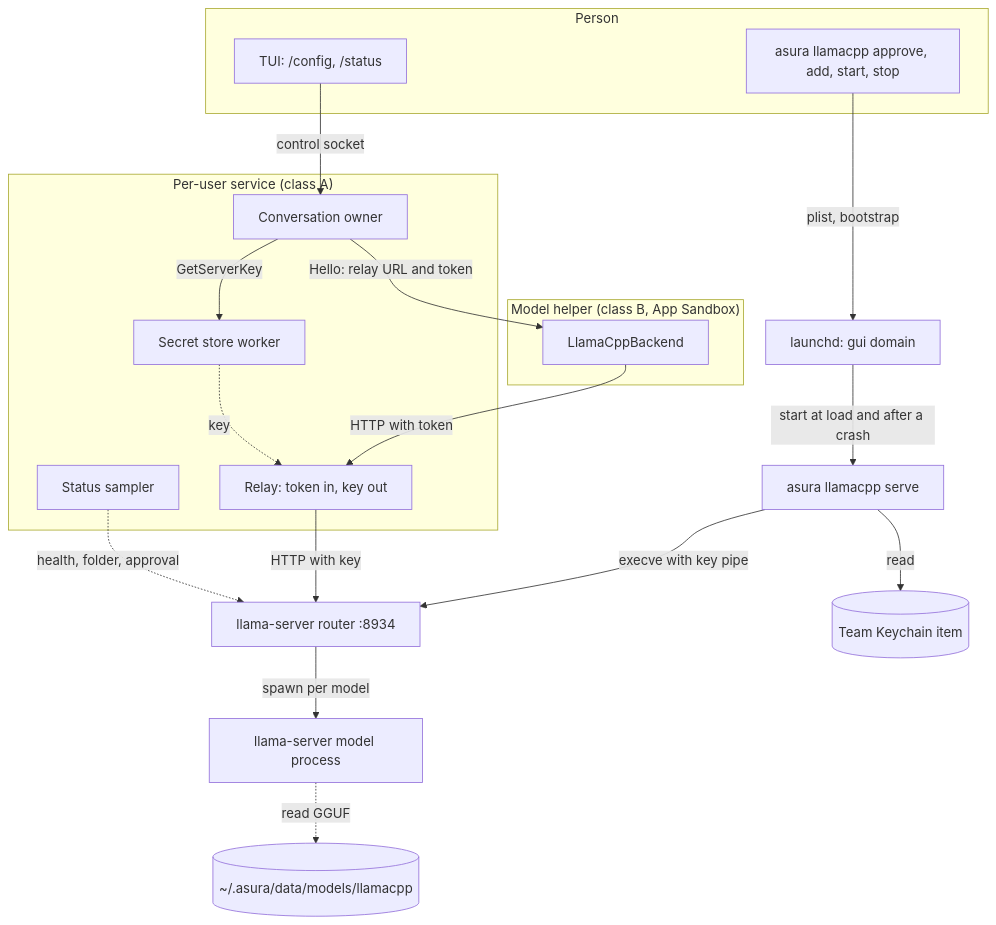
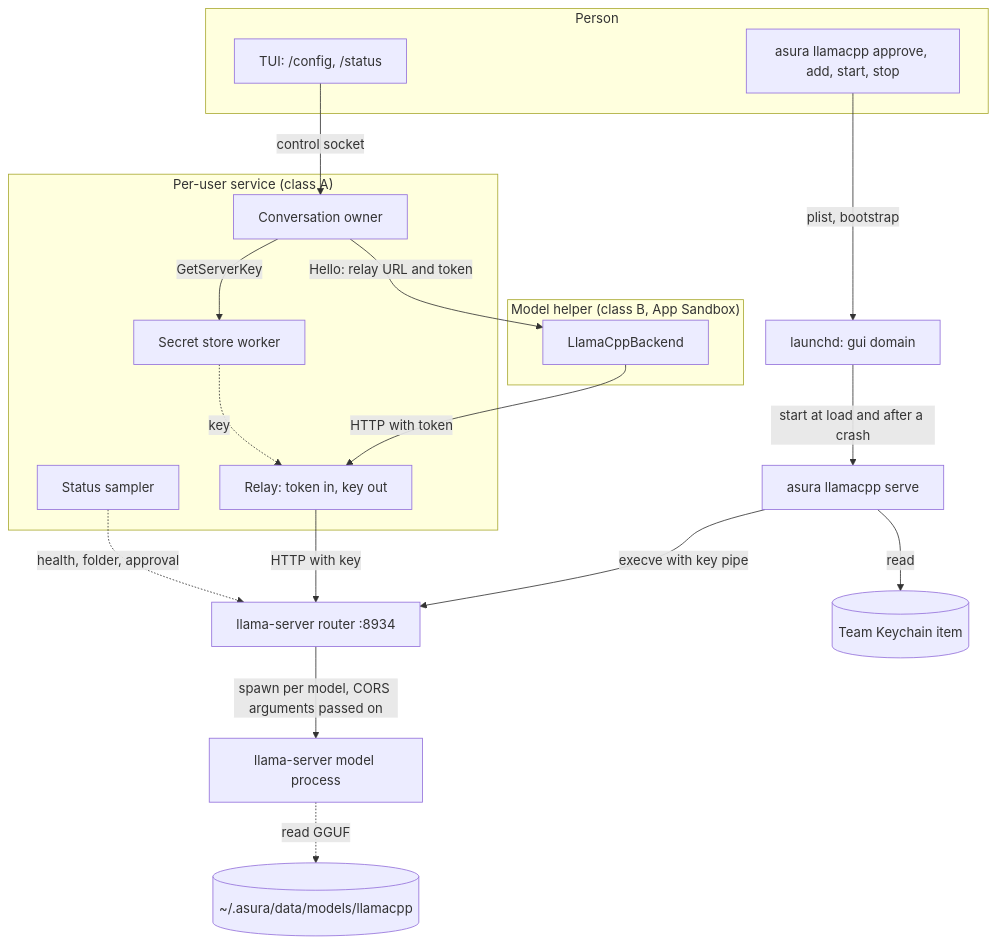
One commit to pidster/asura changed the first of 8 diagrams in docs/designs/llamacpp-backend.md. Above: the diagram before and after it, drawn with Mermaid. The commit also changed other lines of this file and 2 other files, not shown here.

First line of the commit message:
Design llama.cpp tools on every server and closed CORS

````diff
--- a/docs/designs/llamacpp-backend.md
+++ b/docs/designs/llamacpp-backend.md
@@ -173,35 +202,35 @@
 ```mermaid
 flowchart TB
     subgraph Person["Person"]
         CLI["asura llamacpp approve, add, start, stop"]
         TUI["TUI: /config, /status"]
     end
     subgraph Service["Per-user service (class A)"]
         Conv["Conversation owner"]
         Store["Secret store worker"]
         Relay["Relay: token in, key out"]
         Obs["Status sampler"]
     end
     subgraph Helper["Model helper (class B, App Sandbox)"]
         Back["LlamaCppBackend"]
     end
     LD["launchd: gui domain"]
     Serve["asura llamacpp serve"]
     Router["llama-server router :8934"]
     ModelP["llama-server model process"]
     Files[("~/.asura/data/models/llamacpp")]
     KC[("Team Keychain item")]
     CLI -->|"plist, bootstrap"| LD
     LD -->|"start at load and after a crash"| Serve
     Serve -->|"read"| KC
     Serve -->|"execve with key pipe"| Router
-    Router -->|"spawn per model"| ModelP
+    Router -->|"spawn per model, CORS arguments passed on"| ModelP
     ModelP -.->|"read GGUF"| Files
     Conv -->|"Hello: relay URL and token"| Back
     Back -->|"HTTP with token"| Relay
     Conv -->|"GetServerKey"| Store
     Store -.->|"key"| Relay
     Relay -->|"HTTP with key"| Router
     Obs -.->|"health, folder, approval"| Router
     TUI -->|"control socket"| Conv
 ```
````
